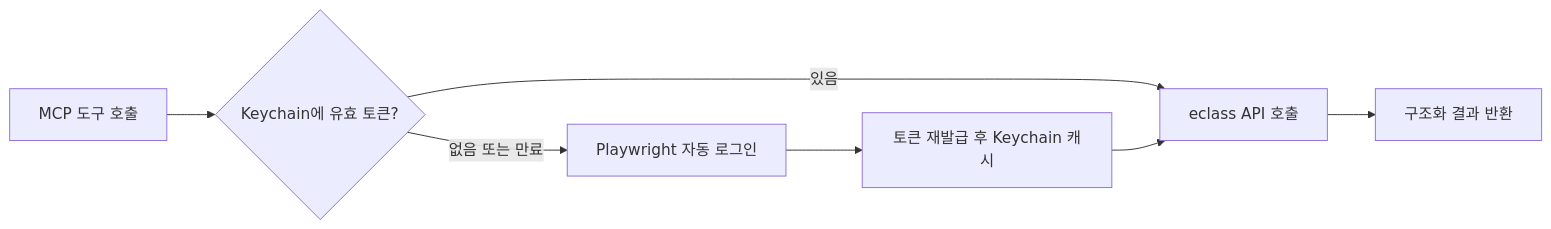
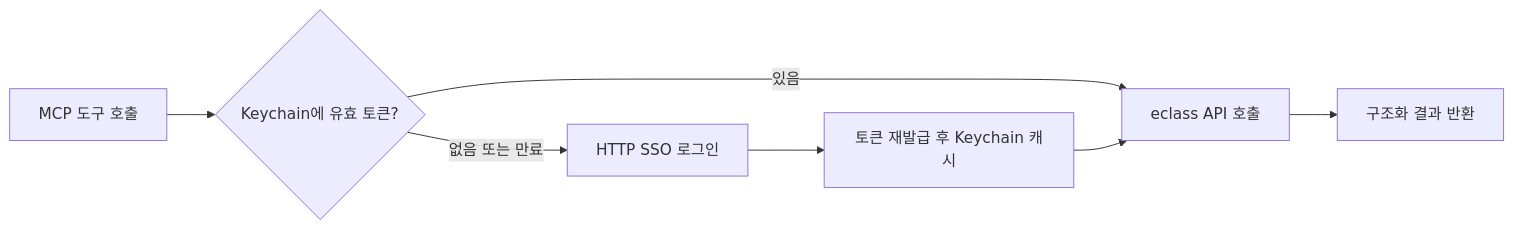
Before and after one commit to jseook11/cau-eclass-mcp: the first of 2 diagrams in README.md, drawn with Mermaid. The commit also changed other lines of this file and 42 other files, not shown here.

Commit message:
feat: migrate SSO and syllabus retrieval to HTTP

````diff
--- a/README.md
+++ b/README.md
@@ -98,9 +98,9 @@
 ```mermaid
 flowchart LR
     A["MCP 도구 호출"] --> B{"Keychain에 유효 토큰?"}
     B -->|"있음"| D["eclass API 호출"]
-    B -->|"없음 또는 만료"| C["Playwright 자동 로그인"]
+    B -->|"없음 또는 만료"| C["HTTP SSO 로그인"]
     C --> E["토큰 재발급 후 Keychain 캐시"]
     E --> D
     D --> F["구조화 결과 반환"]
 ```
````
